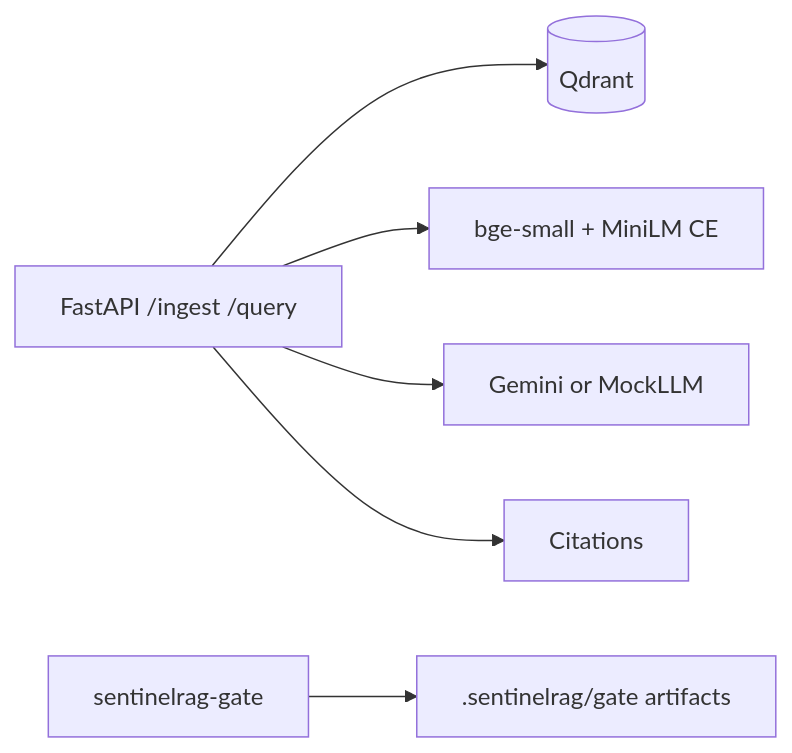
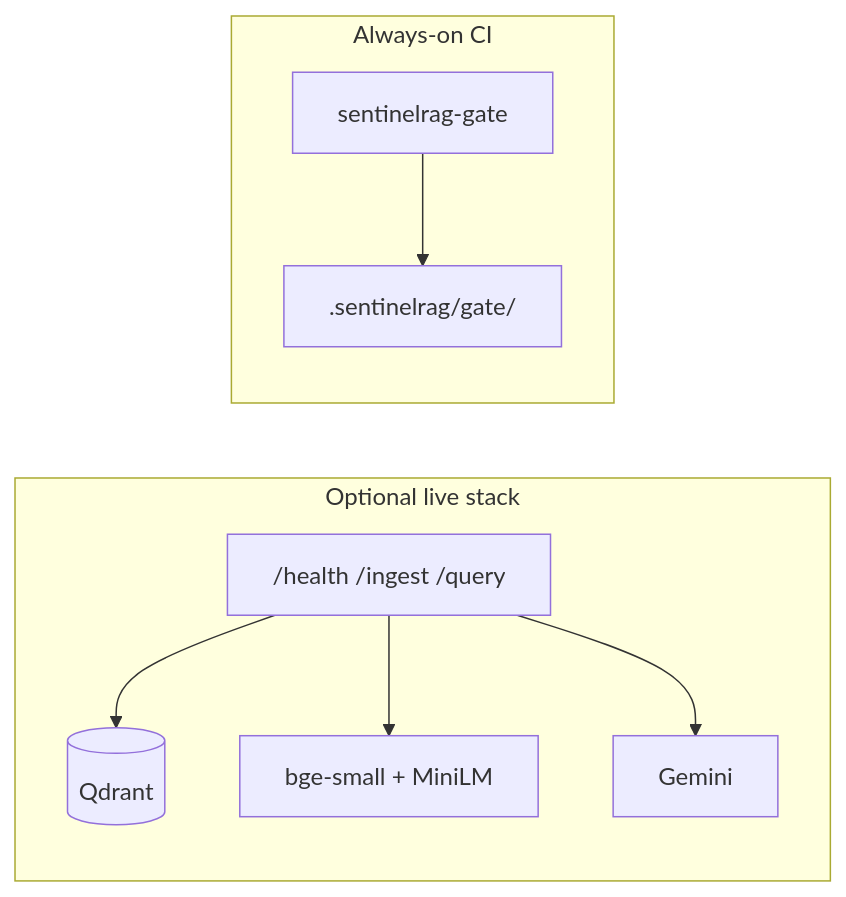
The second of 2 diagrams in README.md (prakash888kp/SentinelRAG), drawn with Mermaid before and after one commit. The commit also changed other lines of this file and 11 other files, not shown here.

````diff
--- a/README.md
+++ b/README.md
@@ -88,8 +43,11 @@
 ```mermaid
 flowchart LR
-  API[FastAPI /ingest /query] --> Q[(Qdrant)]
-  API --> E[bge-small + MiniLM CE]
-  API --> L[Gemini or MockLLM]
-  API --> C[Citations]
-  G2[sentinelrag-gate] --> ART[.sentinelrag/gate artifacts]
+  subgraph live [Optional live stack]
+    API["/health /ingest /query"] --> V[(Qdrant)]
+    API --> M[bge-small + MiniLM]
+    API --> G[Gemini]
+  end
+  subgraph ci [Always-on CI]
+    CLI[sentinelrag-gate] --> OUT[.sentinelrag/gate/]
+  end
 ```
````
